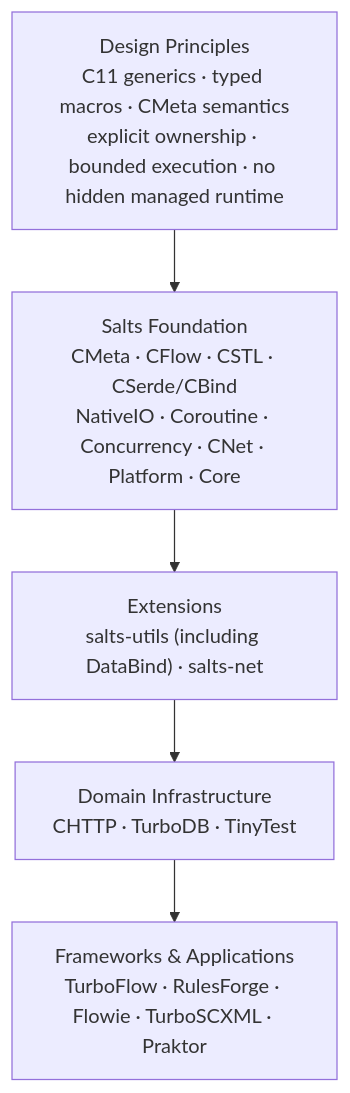
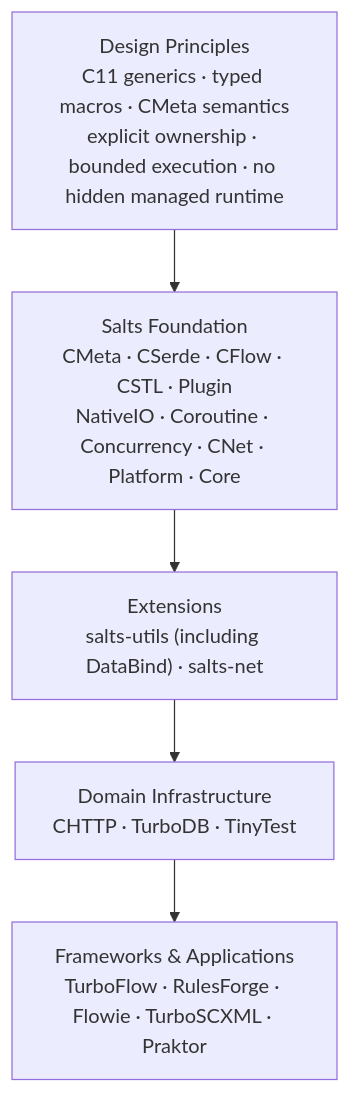
Before and after one commit to qigao/salts: the diagram in README.md, drawn with Mermaid. The commit also changed other lines of this file and 27 other files, not shown here.

Commit message:
refactor(binding): retire CBind ownership from Salts 1.8

````diff
--- a/README.md
+++ b/README.md
@@ -30,13 +30,13 @@
 ```mermaid
 flowchart TB
     A["Frameworks & Applications<br/>TurboFlow · RulesForge · Flowie · TurboSCXML · Praktor"]
     D["Domain Infrastructure<br/>CHTTP · TurboDB · TinyTest"]
     E["Extensions<br/>salts-utils (including DataBind) · salts-net"]
-    S["Salts Foundation<br/>CMeta · CFlow · CSTL · CSerde/CBind<br/>NativeIO · Coroutine · Concurrency · CNet · Platform · Core"]
+    S["Salts Foundation<br/>CMeta · CSerde · CFlow · CSTL · Plugin<br/>NativeIO · Coroutine · Concurrency · CNet · Platform · Core"]
     P["Design Principles<br/>C11 generics · typed macros · CMeta semantics<br/>explicit ownership · bounded execution · no hidden managed runtime"]
 
     P --> S
     S --> E
     E --> D
     D --> A
 ```
````
